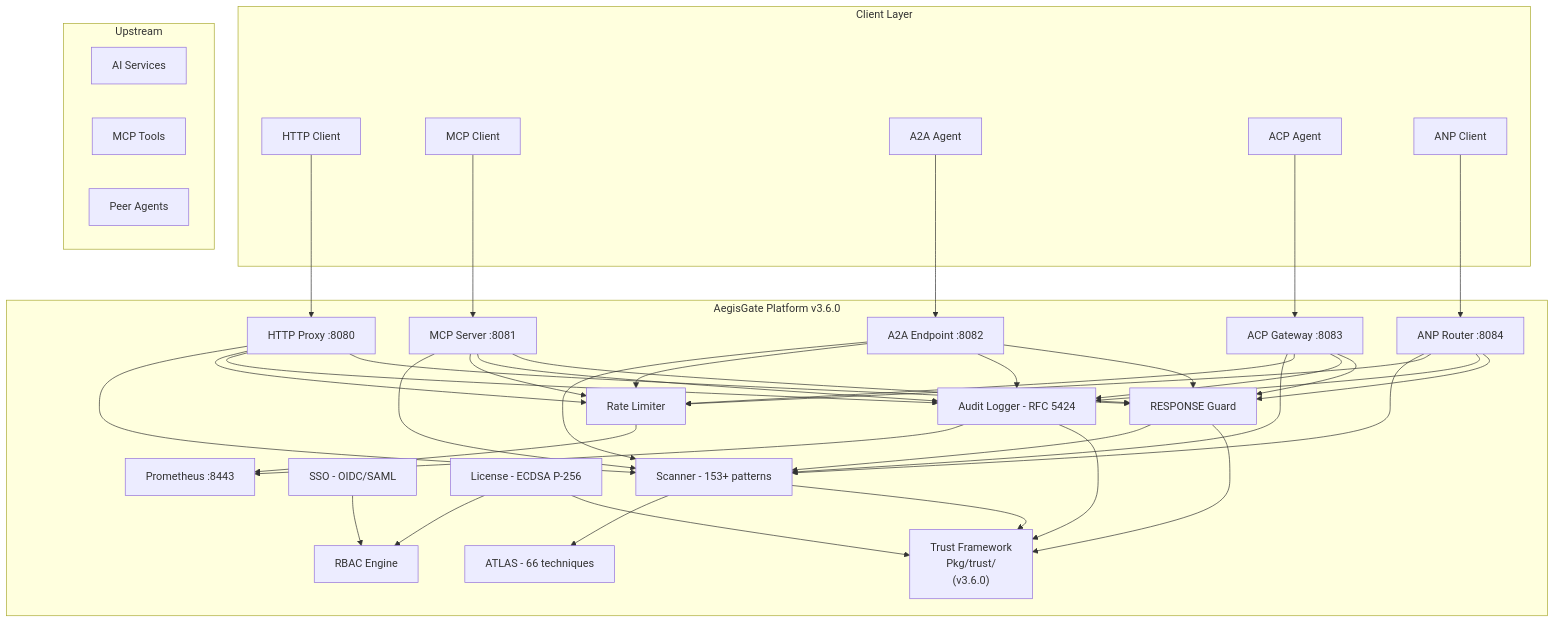
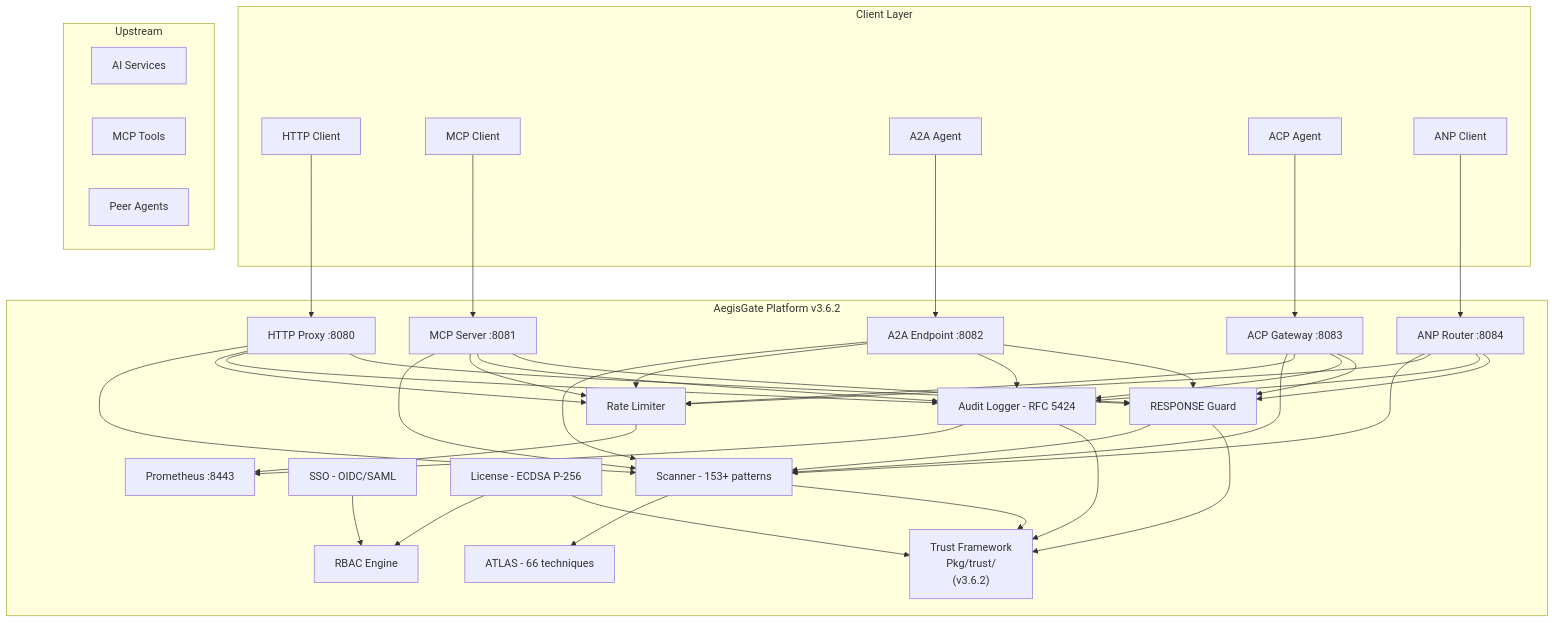
One commit to aegisgatesecurity/aegisgate-site changed the diagram in content/tech.md. Above: the diagram before and after it, drawn with Mermaid. The commit also changed other lines of this file and 2 other files, not shown here.

```diff
--- a/content/tech.md
+++ b/content/tech.md
@@ -11,61 +11,61 @@
 {{< mermaid >}}
 flowchart TB
     subgraph Client["Client Layer"]
         A["HTTP Client"]
         B["MCP Client"]
         C["A2A Agent"]
         D["ACP Agent"]
         E["ANP Client"]
     end
 
-    subgraph AegisGate["AegisGate Platform v3.6.0"]
+    subgraph AegisGate["AegisGate Platform v3.6.2"]
         G["HTTP Proxy :8080"]
         H["MCP Server :8081"]
         I["A2A Endpoint :8082"]
         J["ACP Gateway :8083"]
         K["ANP Router :8084"]
         L["RESPONSE Guard"]
-        TR["Trust Framework\nPkg/trust/\n(v3.6.0)"]
+        TR["Trust Framework\nPkg/trust/\n(v3.6.2)"]
 
         M["Scanner - 153+ patterns"]
         N["ATLAS - 66 techniques"]
         O["Rate Limiter"]
         P["Audit Logger - RFC 5424"]
 
         Q["SSO - OIDC/SAML"]
         R["RBAC Engine"]
         S["License - ECDSA P-256"]
 
         T["Prometheus :8443"]
     end
 
     subgraph Upstream["Upstream"]
         U["AI Services"]
         V["MCP Tools"]
         W["Peer Agents"]
     end
 
     A --> G
     B --> H
     C --> I
     D --> J
     E --> K
 
     G --> M & O & P & L
     H --> M & O & P & L
     I --> M & O & P & L
     J --> M & O & P & L
     K --> M & O & P & L
 
     M --> N
     L --> M
     O --> T
     P --> T
     Q --> R
     S --> R
 
     M --> TR
     L --> TR
     P --> TR
     S --> TR
 {{< /mermaid >}}
```
